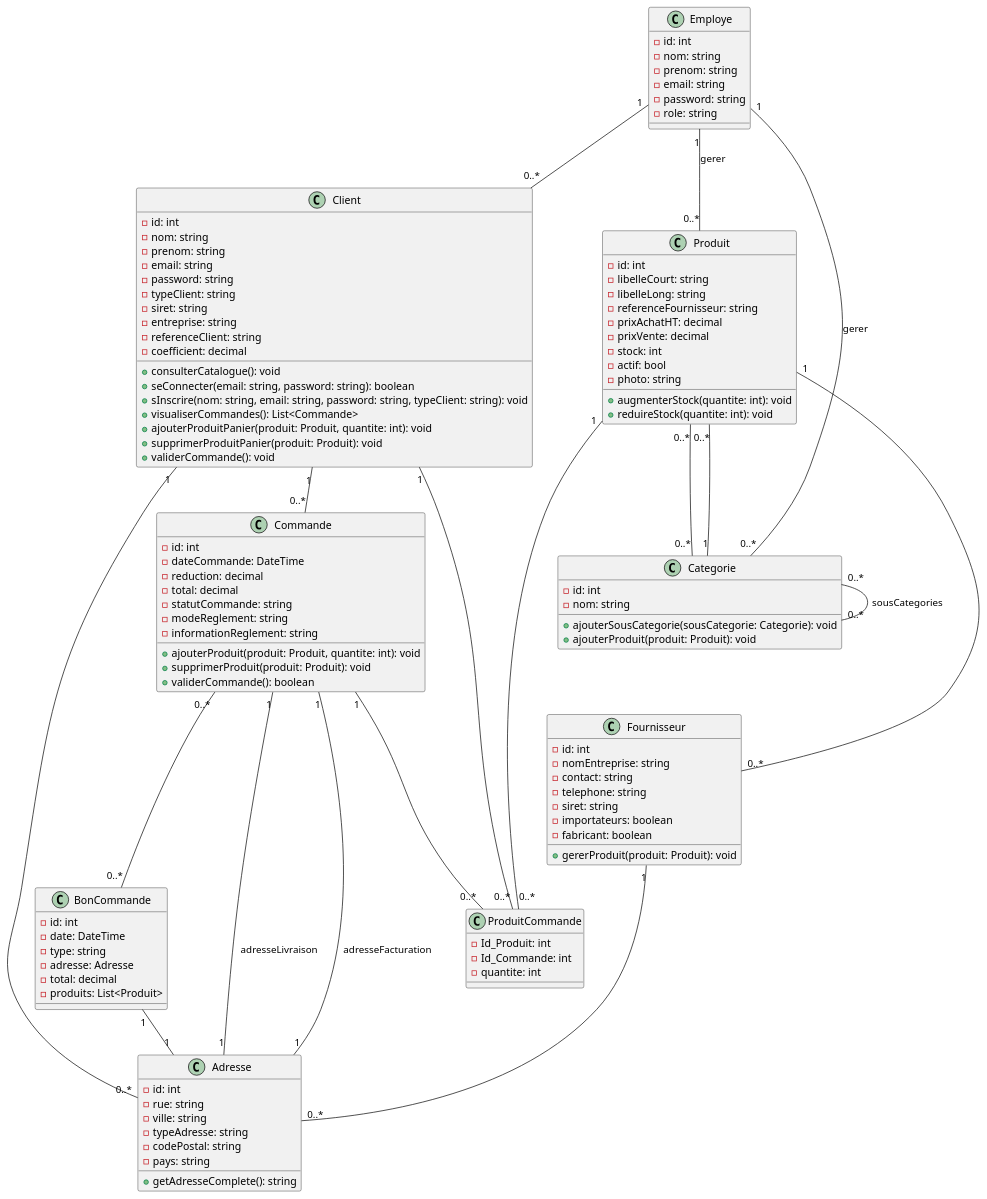
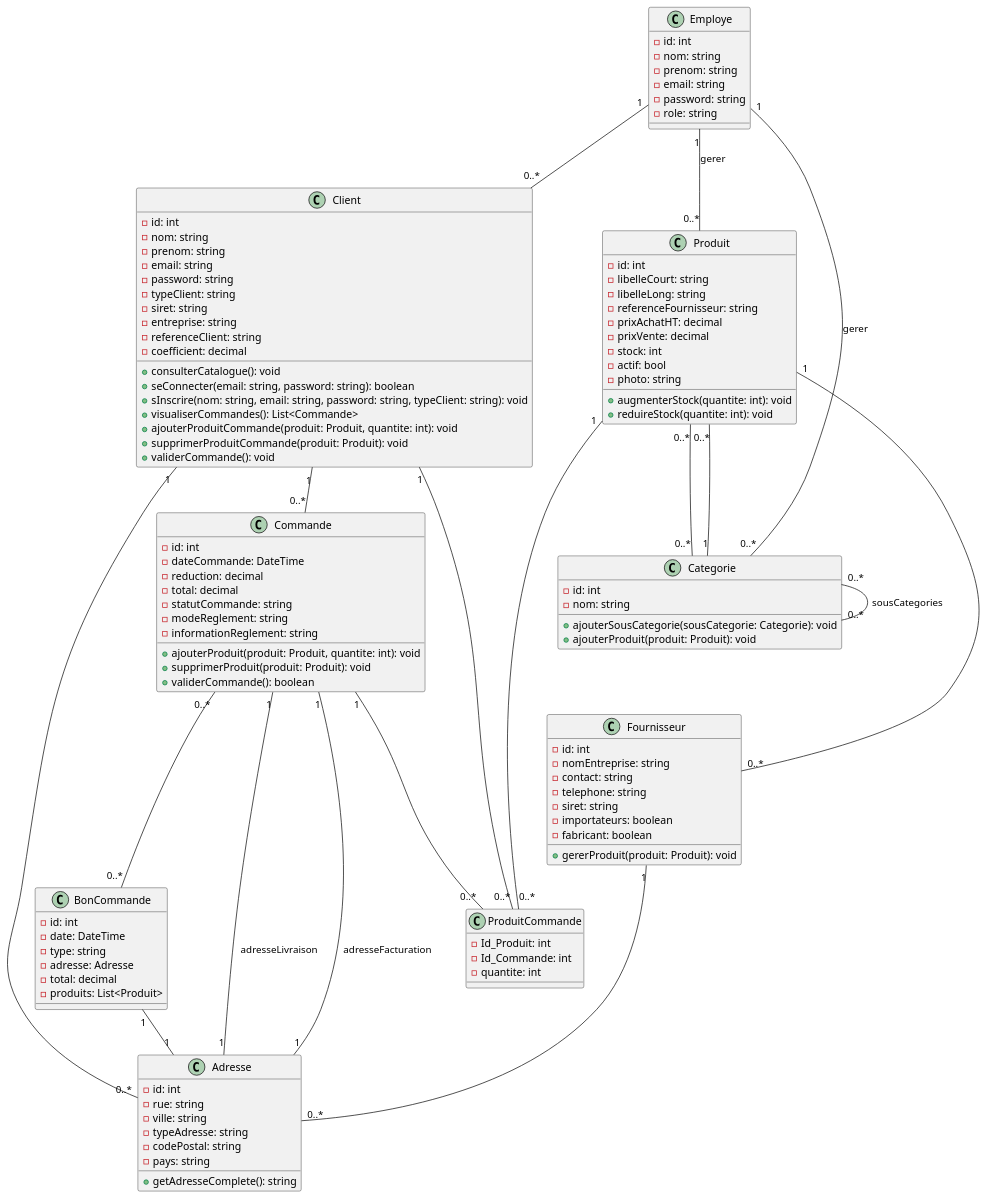
The diagram in modelisation/diagramme_classe.plantuml (clemence95/villagegreen), drawn with PlantUML before and after one commit.

```diff
--- a/modelisation/diagramme_classe.plantuml
+++ b/modelisation/diagramme_classe.plantuml
@@ -1,124 +1,124 @@
 @startuml diagramme_classe
 
 class Client {
     - id: int
     - nom: string
     - prenom: string
     - email: string
     - password: string
     - typeClient: string
     - siret: string
     - entreprise: string
     - referenceClient: string
     - coefficient: decimal
     + consulterCatalogue(): void
     + seConnecter(email: string, password: string): boolean
     + sInscrire(nom: string, email: string, password: string, typeClient: string): void
     + visualiserCommandes(): List<Commande>
-    + ajouterProduitPanier(produit: Produit, quantite: int): void
-    + supprimerProduitPanier(produit: Produit): void
+    + ajouterProduitCommande(produit: Produit, quantite: int): void
+    + supprimerProduitCommande(produit: Produit): void
     + validerCommande(): void
 }
 
 class Adresse {
     - id: int
     - rue: string
     - ville: string
     - typeAdresse: string
     - codePostal: string
     - pays: string
     + getAdresseComplete(): string
 }
 
 class Employe {
     - id: int
     - nom: string
     - prenom: string
     - email: string
     - password: string
     - role: string
 }
 
 class Produit {
     - id: int
     - libelleCourt: string
     - libelleLong: string
     - referenceFournisseur: string
     - prixAchatHT: decimal
     - prixVente: decimal
     - stock: int
     - actif: bool
     - photo: string
     + augmenterStock(quantite: int): void
     + reduireStock(quantite: int): void
 }
 
 class Categorie {
     - id: int
     - nom: string
     + ajouterSousCategorie(sousCategorie: Categorie): void
     + ajouterProduit(produit: Produit): void
 }
 
 class Fournisseur {
     - id: int
     - nomEntreprise: string
     - contact: string
     - telephone: string
     - siret: string
     - importateurs: boolean
     - fabricant: boolean
     + gererProduit(produit: Produit): void
 }
 
 class Commande {
     - id: int
     - dateCommande: DateTime
     - reduction: decimal
     - total: decimal
     - statutCommande: string
     - modeReglement: string
     - informationReglement: string
     + ajouterProduit(produit: Produit, quantite: int): void
     + supprimerProduit(produit: Produit): void
     + validerCommande(): boolean
 }
 
 class BonCommande {
     - id: int
     - date: DateTime
     - type: string
     - adresse: Adresse
     - total: decimal
     - produits: List<Produit>
 }
 
 class ProduitCommande {
     - Id_Produit: int
     - Id_Commande: int
     - quantite: int
 }
 
 
 Client "1" -- "0..*" Commande
 Commande "1" -- "1" Adresse : adresseLivraison
 Commande "1" -- "1" Adresse : adresseFacturation
 Client "1" -- "0..*" Adresse
 Employe "1" -- "0..*" Client
 Employe "1" -- "0..*" Produit : gerer
 Employe "1" -- "0..*" Categorie : gerer
 
 Produit "1" -- "0..*" Fournisseur
 Produit "0..*" -- "0..*" Categorie
 Categorie "0..*" -- "0..*" Categorie : sousCategories
 Categorie "1" -- "0..*" Produit
 Fournisseur "1" -- "0..*" Adresse
 Commande "0..*" -- "0..*" BonCommande
 BonCommande "1" -- "1" Adresse
 
 Client "1" -- "0..*" ProduitCommande
 Commande "1" -- "0..*" ProduitCommande
 Produit "1" -- "0..*" ProduitCommande
 
 
 @enduml
```
